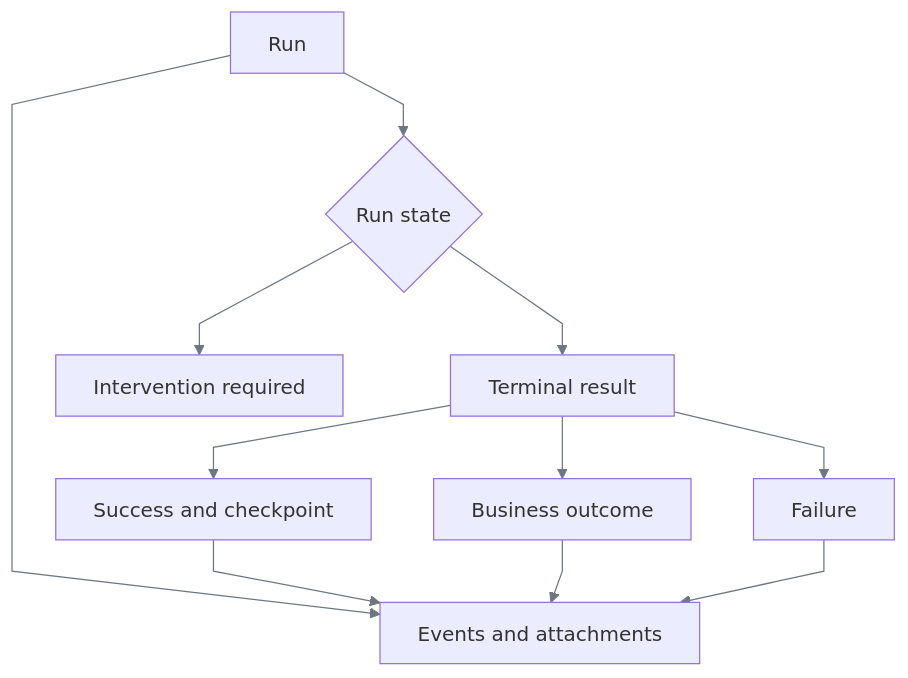
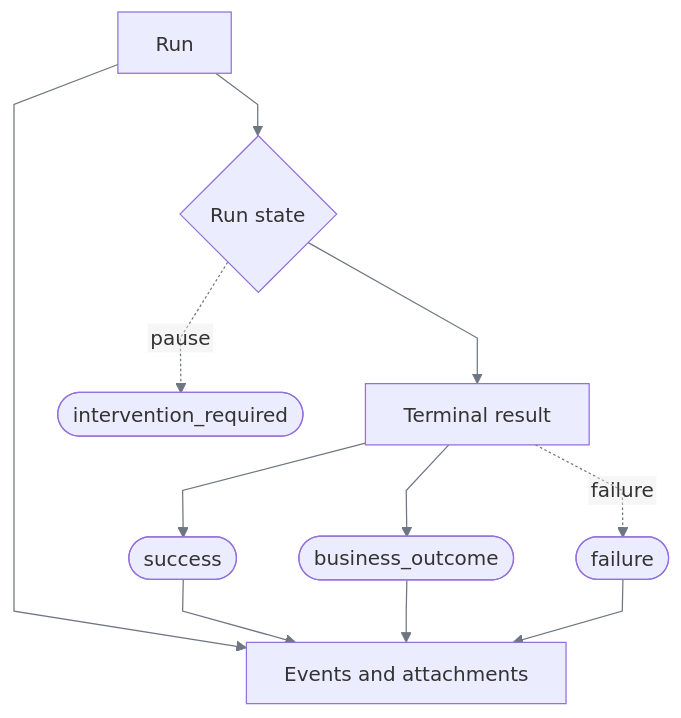
Before and after one commit to SivaTSS/replay-forge: the seventh of 7 diagrams in docs/data-models.md, drawn with Mermaid. The commit also changed other lines of this file and 15 other files, not shown here.

Commit message:
docs: unify reference structure and validate diagram consistency

````diff
--- a/docs/data-models.md
+++ b/docs/data-models.md
@@ -208,14 +216,14 @@
 ```mermaid
 %%{init: {"htmlLabels":false,"themeVariables":{"lineColor":"#6E7781","signalColor":"#6E7781"},"flowchart":{"curve":"linear"},"sequence":{"wrap":true}}}%%
 flowchart TB
     RUN[Run] --> MAN[Events and attachments]
     RUN --> STATE{Run state}
     STATE --> DONE[Terminal result]
-    STATE --> LIVE[Intervention required]
-    DONE --> OK[Success and checkpoint]
-    DONE --> BO[Business outcome]
-    DONE --> FAIL[Failure]
+    STATE -. pause .-> LIVE([intervention_required])
+    DONE --> OK([success])
+    DONE --> BO([business_outcome])
+    DONE -. failure .-> FAIL([failure])
     OK --> MAN
     BO --> MAN
     FAIL --> MAN
 ```
````
